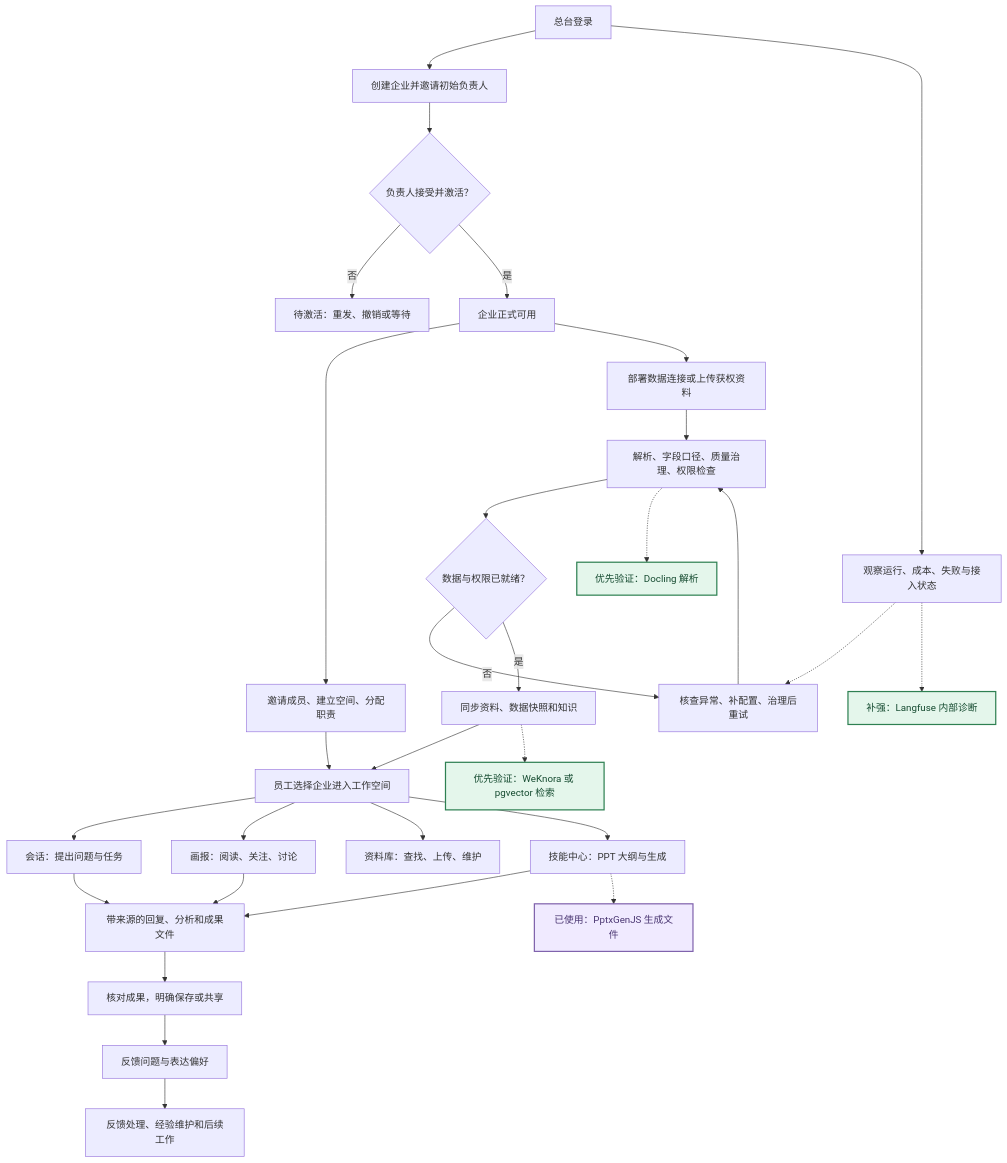
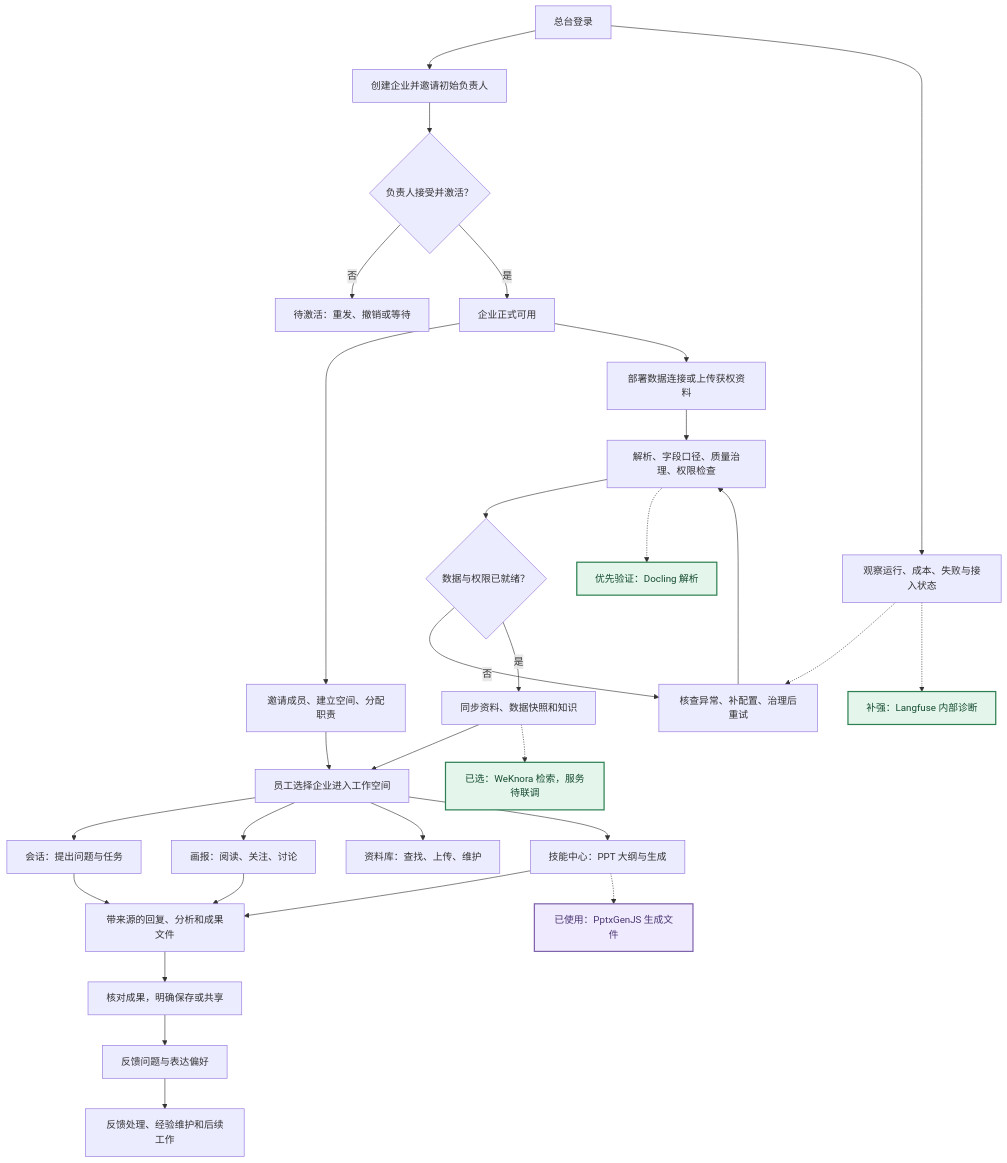
One commit to luofanghao9784/mengine-app changed the first of 8 diagrams in docs/项目流程图/01-功能流程.md. Above: the diagram before and after it, drawn with Mermaid. The commit also changed other lines of this file and 72 other files, not shown here.

````diff
--- a/docs/项目流程图/01-功能流程.md
+++ b/docs/项目流程图/01-功能流程.md
@@ -11,36 +11,36 @@
 ```mermaid
 flowchart TD
   n_platform["总台登录"] --> n_open["创建企业并邀请初始负责人"]
   n_open --> n_accept{"负责人接受并激活？"}
   n_accept -->|"否"| n_pending["待激活：重发、撤销或等待"]
   n_accept -->|"是"| n_tenant["企业正式可用"]
   n_tenant --> n_people["邀请成员、建立空间、分配职责"]
   n_tenant --> n_input["部署数据连接或上传获权资料"]
   n_input --> n_govern["解析、字段口径、质量治理、权限检查"]
   n_govern --> n_ready{"数据与权限已就绪？"}
   n_ready -->|"否"| n_handle["核查异常、补配置、治理后重试"]
   n_handle --> n_govern
   n_ready -->|"是"| n_sync["同步资料、数据快照和知识"]
   n_people --> n_employee["员工选择企业进入工作空间"]
   n_sync --> n_employee
   n_employee --> n_chat["会话：提出问题与任务"]
   n_employee --> n_briefing["画报：阅读、关注、讨论"]
   n_employee --> n_library["资料库：查找、上传、维护"]
   n_employee --> n_skill["技能中心：PPT 大纲与生成"]
   n_chat --> n_result["带来源的回复、分析和成果文件"]
   n_briefing --> n_result
   n_skill --> n_result
   n_result --> n_share["核对成果，明确保存或共享"]
   n_share --> n_feedback["反馈问题与表达偏好"]
   n_feedback --> n_improve["反馈处理、经验维护和后续工作"]
   n_platform --> n_observe["观察运行、成本、失败与接入状态"]
   n_observe -.-> n_handle
   n_govern -.-> ossParse["优先验证：Docling 解析"]:::ossPriority
-  n_sync -.-> ossRetrieve["优先验证：WeKnora 或 pgvector 检索"]:::ossPriority
+  n_sync -.-> ossRetrieve["已选：WeKnora 检索，服务待联调"]:::ossPriority
   n_observe -.-> ossTrace["补强：Langfuse 内部诊断"]:::ossPriority
   n_skill -.-> ossPpt["已使用：PptxGenJS 生成文件"]:::ossExisting
   classDef ossPriority fill:#e4f6eb,stroke:#2e8052,color:#154b30,stroke-width:2px
   classDef ossConditional fill:#fff3d9,stroke:#ac7b27,color:#604417,stroke-width:1.5px
   classDef ossExisting fill:#f0eaff,stroke:#8063ad,color:#4a3672,stroke-width:2px
 
 ```
````
